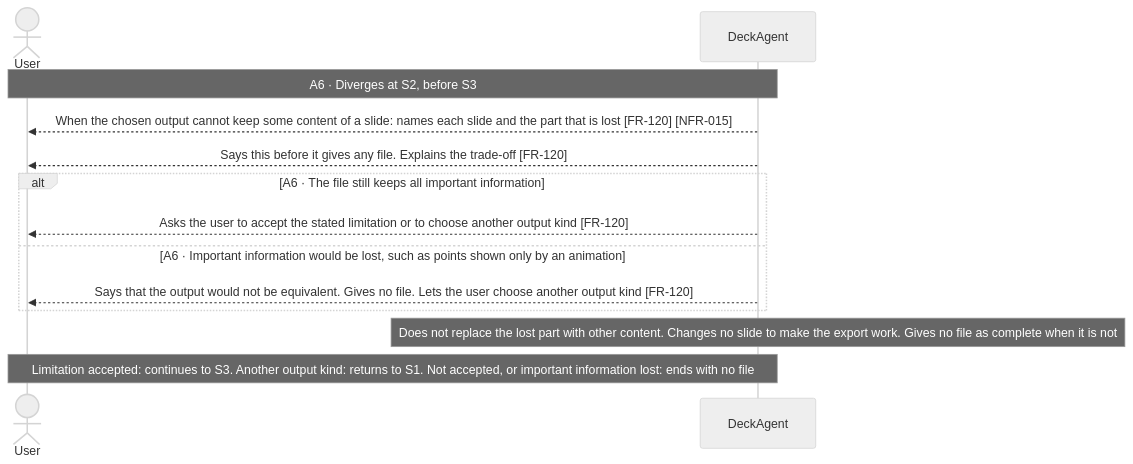
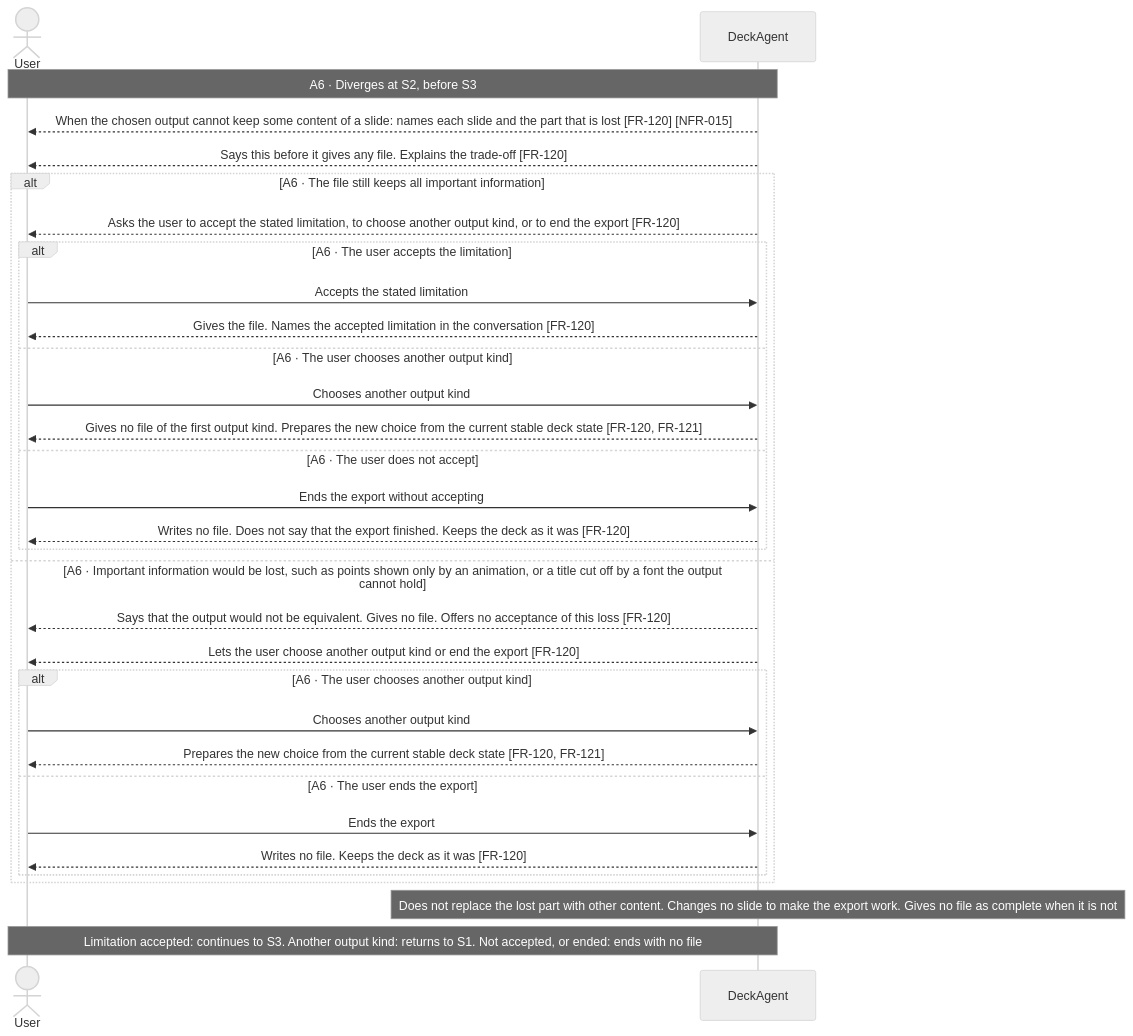
Before and after one commit to Luke23127006/DeckAgent: the fifth of 11 diagrams in docs/spec/03-use-cases/UC-004.md, drawn with Mermaid (neutral theme). The commit also changed 6 other files, not shown here.

````diff
--- a/docs/spec/03-use-cases/UC-004.md
+++ b/docs/spec/03-use-cases/UC-004.md
@@ -109,15 +109,33 @@
 ```mermaid
 sequenceDiagram
     actor User
     participant DeckAgent
     Note over User,DeckAgent: A6 · Diverges at S2, before S3
     DeckAgent-->>User: When the chosen output cannot keep some content of a slide: names each slide and the part that is lost [FR-120] [NFR-015]
     DeckAgent-->>User: Says this before it gives any file. Explains the trade-off [FR-120]
     alt A6 · The file still keeps all important information
-        DeckAgent-->>User: Asks the user to accept the stated limitation or to choose another output kind [FR-120]
-    else A6 · Important information would be lost, such as points shown only by an animation
-        DeckAgent-->>User: Says that the output would not be equivalent. Gives no file. Lets the user choose another output kind [FR-120]
+        DeckAgent-->>User: Asks the user to accept the stated limitation, to choose another output kind, or to end the export [FR-120]
+        alt A6 · The user accepts the limitation
+            User->>DeckAgent: Accepts the stated limitation
+            DeckAgent-->>User: Gives the file. Names the accepted limitation in the conversation [FR-120]
+        else A6 · The user chooses another output kind
+            User->>DeckAgent: Chooses another output kind
+            DeckAgent-->>User: Gives no file of the first output kind. Prepares the new choice from the current stable deck state [FR-120, FR-121]
+        else A6 · The user does not accept
+            User->>DeckAgent: Ends the export without accepting
+            DeckAgent-->>User: Writes no file. Does not say that the export finished. Keeps the deck as it was [FR-120]
+        end
+    else A6 · Important information would be lost, such as points shown only by an animation, or a title cut off by a font the output cannot hold
+        DeckAgent-->>User: Says that the output would not be equivalent. Gives no file. Offers no acceptance of this loss [FR-120]
+        DeckAgent-->>User: Lets the user choose another output kind or end the export [FR-120]
+        alt A6 · The user chooses another output kind
+            User->>DeckAgent: Chooses another output kind
+            DeckAgent-->>User: Prepares the new choice from the current stable deck state [FR-120, FR-121]
+        else A6 · The user ends the export
+            User->>DeckAgent: Ends the export
+            DeckAgent-->>User: Writes no file. Keeps the deck as it was [FR-120]
+        end
     end
     note over DeckAgent: Does not replace the lost part with other content. Changes no slide to make the export work. Gives no file as complete when it is not
-    Note over User,DeckAgent: Limitation accepted: continues to S3. Another output kind: returns to S1. Not accepted, or important information lost: ends with no file
+    Note over User,DeckAgent: Limitation accepted: continues to S3. Another output kind: returns to S1. Not accepted, or ended: ends with no file
 ```
````
